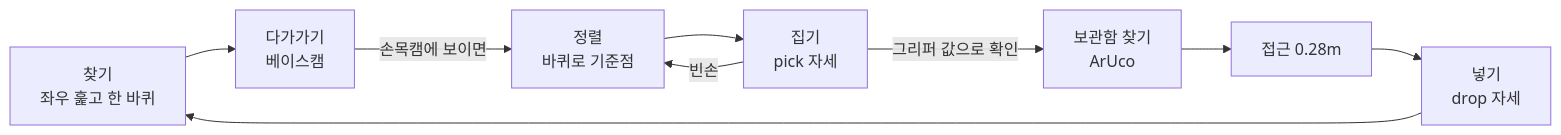
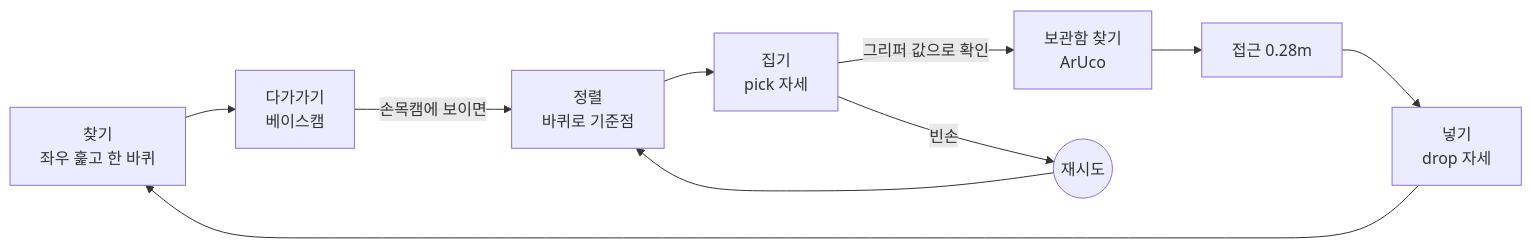
Before and after one commit to kimar1022-code/lerobot-lekiwi-mobile-manipulator: the diagram in docs/자율집기.md, drawn with Mermaid.

Commit message:
문서: 구조도가 GitHub에서 깨지던 문제 수정 (반대 방향 화살표를 양방향 하나로)

````diff
--- a/docs/자율집기.md
+++ b/docs/자율집기.md
@@ -35,11 +35,12 @@
 ```mermaid
 flowchart LR
     A[찾기<br/>좌우 훑고 한 바퀴] --> B[다가가기<br/>베이스캠]
     B -->|손목캠에 보이면| C[정렬<br/>바퀴로 기준점]
     C --> D[집기<br/>pick 자세]
     D -->|그리퍼 값으로 확인| E[보관함 찾기<br/>ArUco]
-    D -->|빈손| C
+    D -->|빈손| R((재시도))
+    R --> C
     E --> F[접근 0.28m]
     F --> G[넣기<br/>drop 자세]
     G --> A
 ```
````
